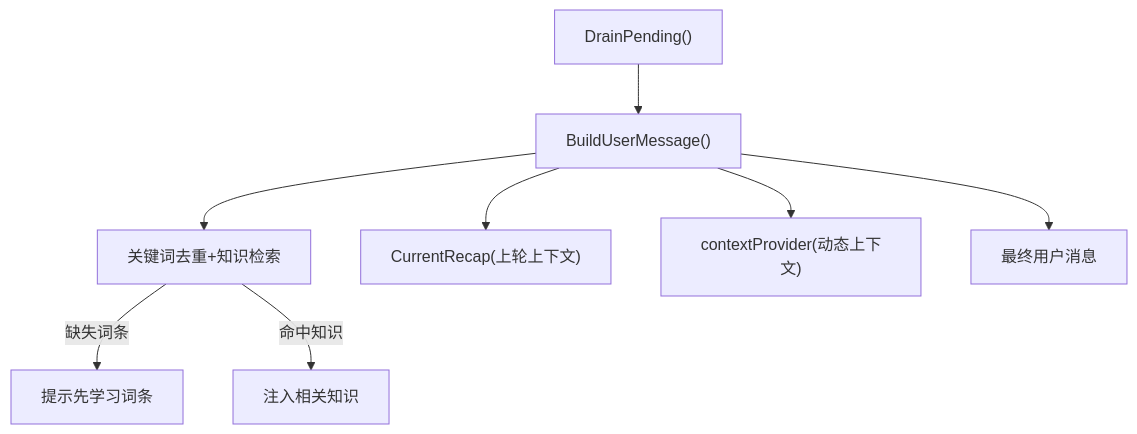
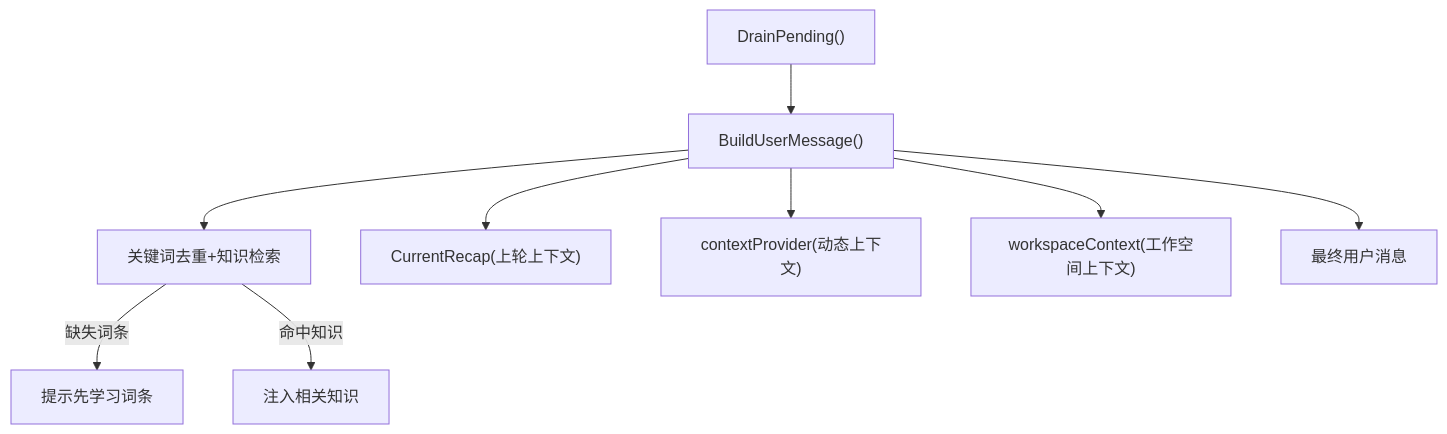
The sixth of 8 diagrams in .qoder/repowiki/zh/content/提示词系统.md (suzvka/NPCLife), drawn with Mermaid before and after one commit. The commit also changed other lines of this file and 25 other files, not shown here.

````diff
--- a/.qoder/repowiki/zh/content/提示词系统.md
+++ b/.qoder/repowiki/zh/content/提示词系统.md
@@ -244,10 +258,11 @@
 ```mermaid
 flowchart TD
 S["DrainPending()"] --> U["BuildUserMessage()"]
 U --> K["关键词去重+知识检索"]
 K --> |缺失词条| M["提示先学习词条"]
 K --> |命中知识| N["注入相关知识"]
 U --> R["CurrentRecap(上轮上下文)"]
 U --> C["contextProvider(动态上下文)"]
+U --> W["workspaceContext(工作空间上下文)"]
 U --> O["最终用户消息"]
 ```
````
